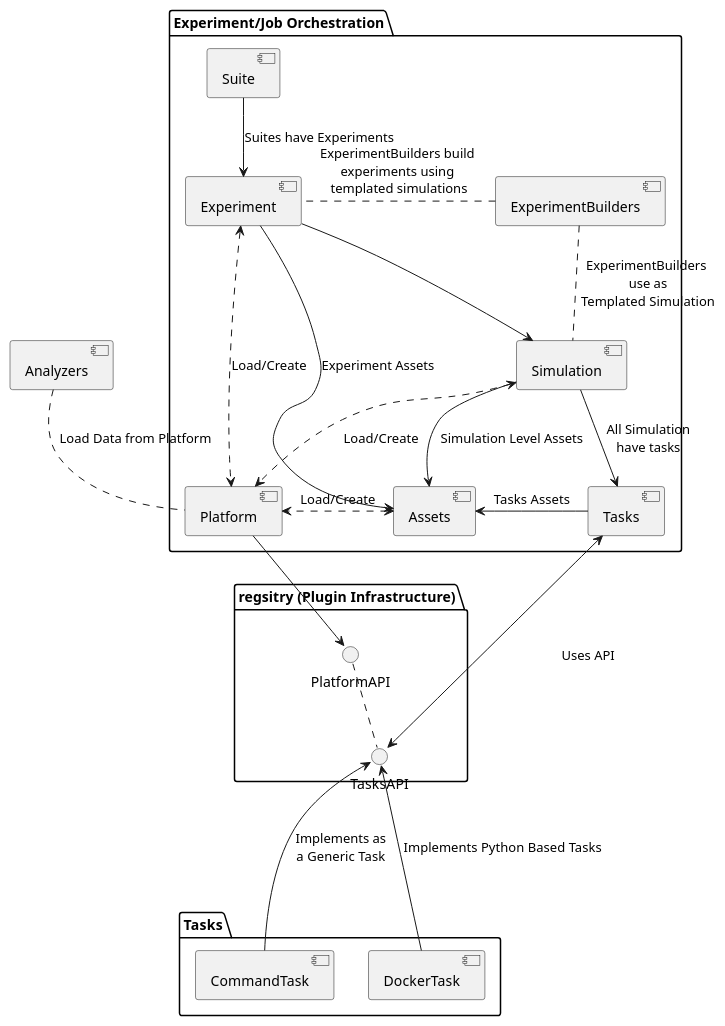
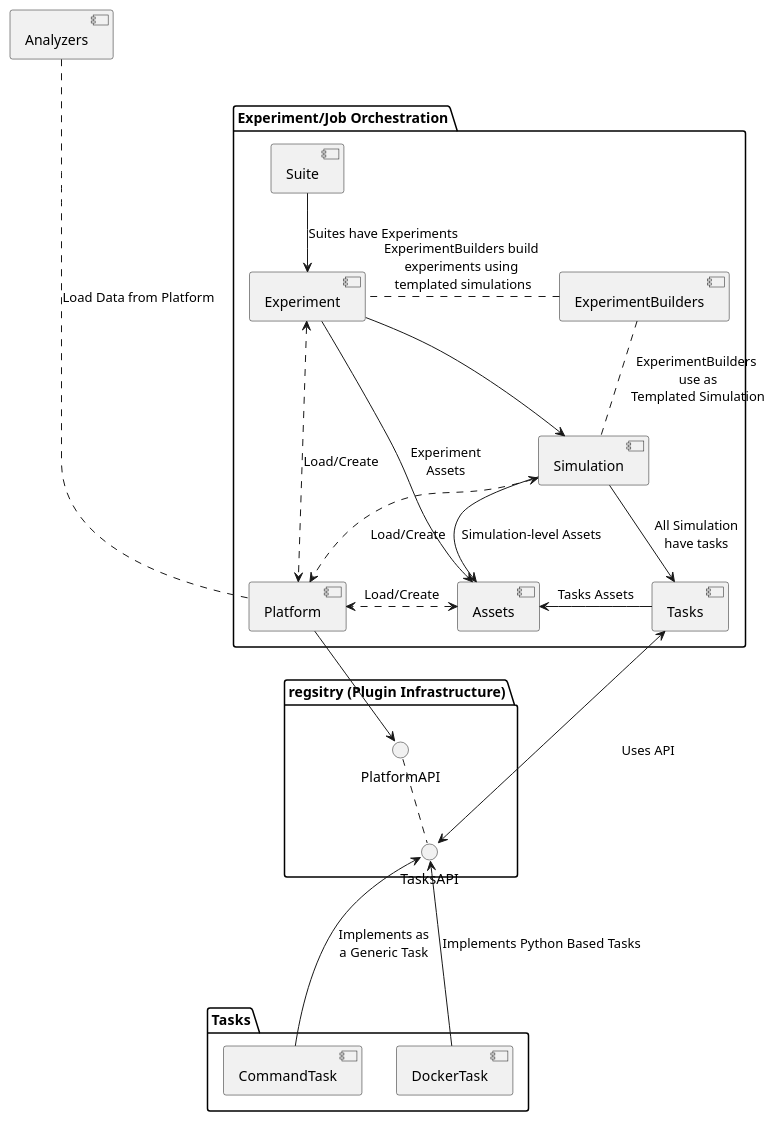
The diagram in diagrams/core.puml (shchen-idmod/idmtools-1), drawn with PlantUML before and after one commit. The commit also changed 3 other files, not shown here.

Commit message:
#814 - Diagrams

```diff
--- a/diagrams/core.puml
+++ b/diagrams/core.puml
@@ -1,41 +1,41 @@
 @startuml
 
 [Analyzers]
 package "Experiment/Job Orchestration" as ejo {
     [Assets]
     [Experiment]
     [ExperimentBuilders]
     [Simulation]
     [Tasks]
     [Platform]
     [Suite]
 }
 
 
 package "regsitry (Plugin Infrastructure)" as regsitry {
     () "PlatformAPI" as PlatformAPI
     () "TasksAPI" as TasksAPI
 }
 package "Tasks" as tasks {
   [CommandTask]
   [DockerTask]
 }
 
-Analyzers .. Platform: Load Data from Platform
+Analyzers ..... Platform: Load Data from Platform
 ExperimentBuilders . Experiment: ExperimentBuilders build \nexperiments using \ntemplated simulations
 ExperimentBuilders . Simulation : ExperimentBuilders\n use as\n Templated Simulation
 Platform --> PlatformAPI
 PlatformAPI .. TasksAPI
 [Suite] -down-> Experiment : Suites have Experiments
 [Assets] <.> Platform : Load/Create
 [Experiment] <.down.> Platform : Load/Create
 [Experiment] -down-> Simulation
-[Experiment] -right-> [Assets] : Experiment Assets
-[Simulation] -> Assets: Simulation Level Assets
+[Experiment] -right-> [Assets] : Experiment\nAssets
+[Simulation] -> Assets: Simulation-level Assets
 [Simulation] <.> Platform : Load/Create
 [Simulation] -down-> [Tasks] : All Simulation\nhave tasks
 [Tasks] -> Assets : Tasks Assets
 [Tasks] <---> TasksAPI : Uses API
 TasksAPI <-right-- CommandTask : Implements as\na Generic Task
 TasksAPI <-down-- DockerTask: Implements Python Based Tasks
 @enduml
```
